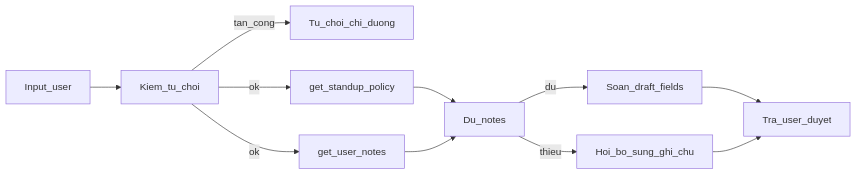
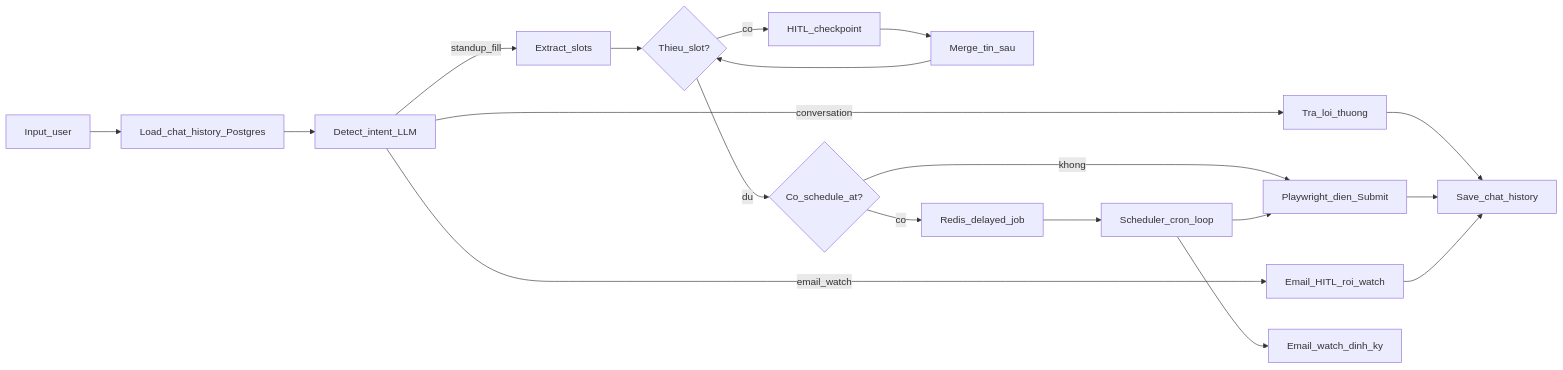
One commit to danialtranz/K5-Day15-L3B-digitalboo changed the diagram in spec.md. Above: the diagram before and after it, drawn with Mermaid. The commit also changed other lines of this file, not shown here.

````diff
--- a/spec.md
+++ b/spec.md
@@ -41,13 +68,21 @@
 ```mermaid
 flowchart LR
-  inputUser[Input_user] --> refuseCheck[Kiem_tu_choi]
-  refuseCheck -->|tan_cong| refuseOut[Tu_choi_chi_duong]
-  refuseCheck -->|ok| policy[get_standup_policy]
-  refuseCheck -->|ok| notes[get_user_notes]
-  policy --> decide[Du_notes]
-  notes --> decide
-  decide -->|thieu| ask[Hoi_bo_sung_ghi_chu]
-  decide -->|du| draft[Soan_draft_fields]
-  draft --> review[Tra_user_duyet]
-  ask --> review
+  inputUser[Input_user] --> memLoad[Load_chat_history_Postgres]
+  memLoad --> intentLLM[Detect_intent_LLM]
+  intentLLM -->|conversation| chat[Tra_loi_thuong]
+  intentLLM -->|email_watch| emailFlow[Email_HITL_roi_watch]
+  intentLLM -->|standup_fill| slots[Extract_slots]
+  slots --> miss{Thieu_slot?}
+  miss -->|co| hitl[HITL_checkpoint]
+  hitl --> resume[Merge_tin_sau]
+  resume --> miss
+  miss -->|du| maybeSched{Co_schedule_at?}
+  maybeSched -->|co| redis[Redis_delayed_job]
+  maybeSched -->|khong| cu[Playwright_dien_Submit]
+  redis --> cron[Scheduler_cron_loop]
+  cron --> cu
+  cron --> emailBg[Email_watch_dinh_ky]
+  chat --> memSave[Save_chat_history]
+  cu --> memSave
+  emailFlow --> memSave
 ```
````
